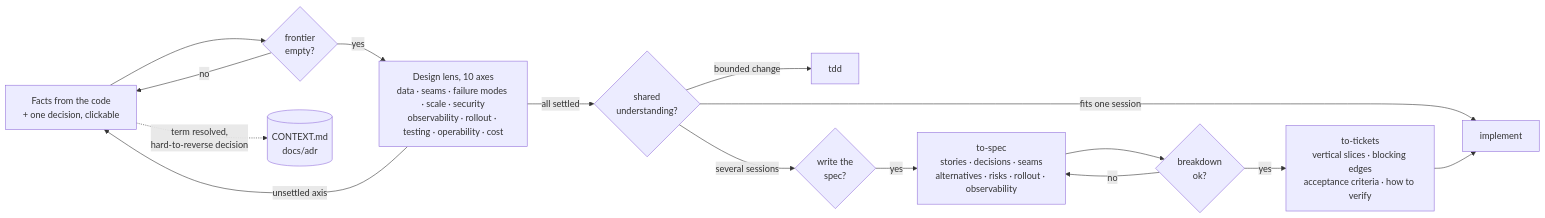
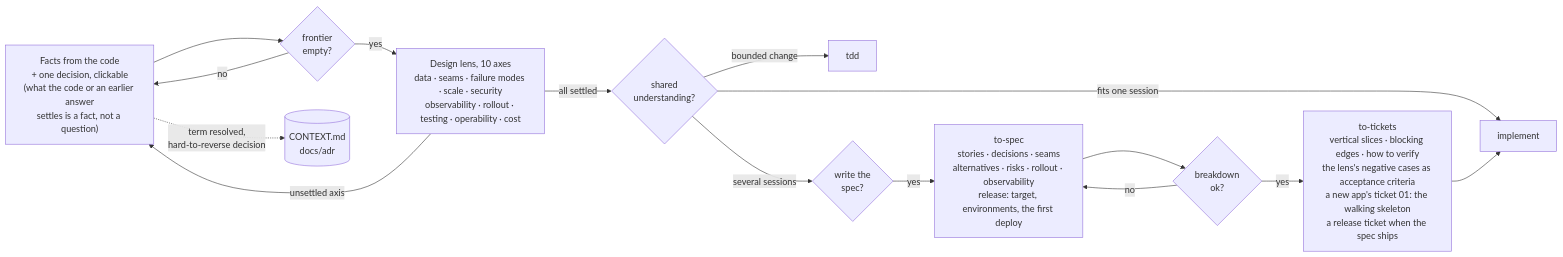
Before and after one commit to gabriel-tutor/my-workflow-agent-skills: the second of 3 diagrams in README.md, drawn with Mermaid. The commit also changed other lines of this file and 3 other files, not shown here.

````diff
--- a/README.md
+++ b/README.md
@@ -48,16 +70,16 @@
 ```mermaid
 flowchart LR
-    G["Facts from the code<br/>+ one decision, clickable"] --> Q{frontier<br/>empty?}
+    G["Facts from the code<br/>+ one decision, clickable<br/>(what the code or an earlier answer<br/>settles is a fact, not a question)"] --> Q{frontier<br/>empty?}
     Q -->|no| G
     Q -->|yes| L["Design lens, 10 axes<br/>data · seams · failure modes · scale · security<br/>observability · rollout · testing · operability · cost"]
     L -->|unsettled axis| G
     L -->|all settled| C{shared<br/>understanding?}
     G -.term resolved,<br/>hard-to-reverse decision.-> CX[(CONTEXT.md<br/>docs/adr)]
     C -->|bounded change| T["tdd"]
     C -->|fits one session| I["implement"]
     C -->|several sessions| SP{write the<br/>spec?}
-    SP -->|yes| SPEC["to-spec<br/>stories · decisions · seams<br/>alternatives · risks · rollout · observability"]
+    SP -->|yes| SPEC["to-spec<br/>stories · decisions · seams<br/>alternatives · risks · rollout · observability<br/>release: target, environments, the first deploy"]
     SPEC --> TK{breakdown<br/>ok?}
     TK -->|no| SPEC
-    TK -->|yes| TKT["to-tickets<br/>vertical slices · blocking edges<br/>acceptance criteria · how to verify"] --> I
+    TK -->|yes| TKT["to-tickets<br/>vertical slices · blocking edges · how to verify<br/>the lens's negative cases as acceptance criteria<br/>a new app's ticket 01: the walking skeleton<br/>a release ticket when the spec ships"] --> I
 ```
````
